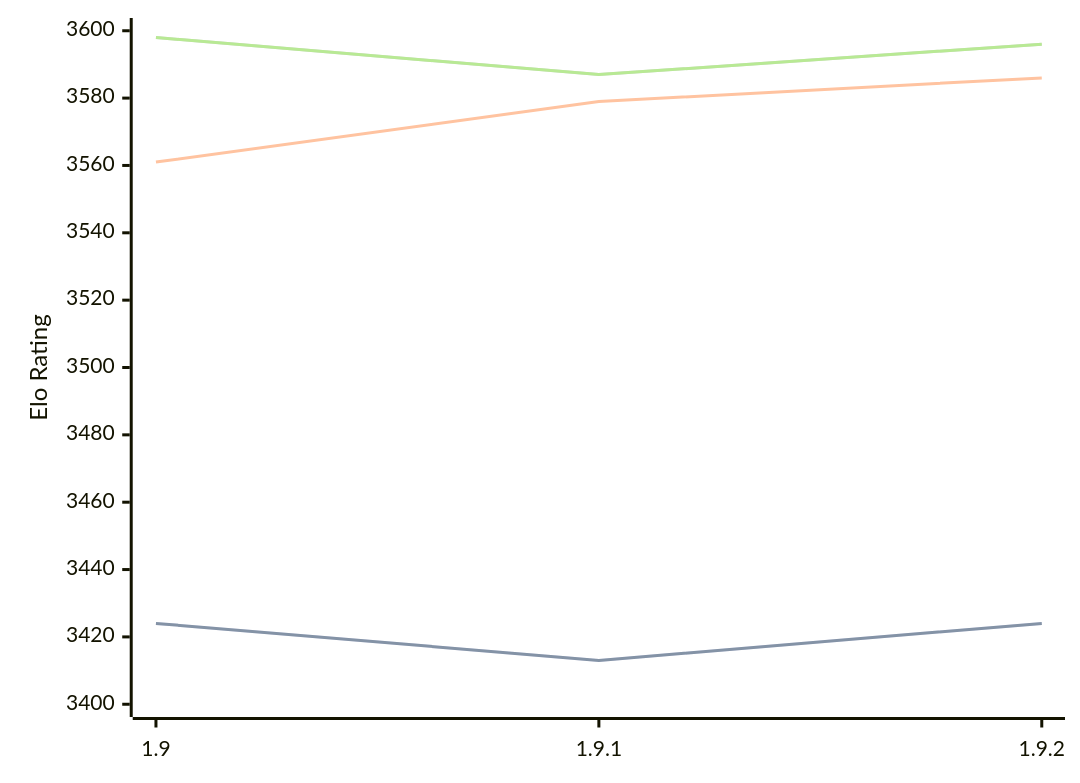
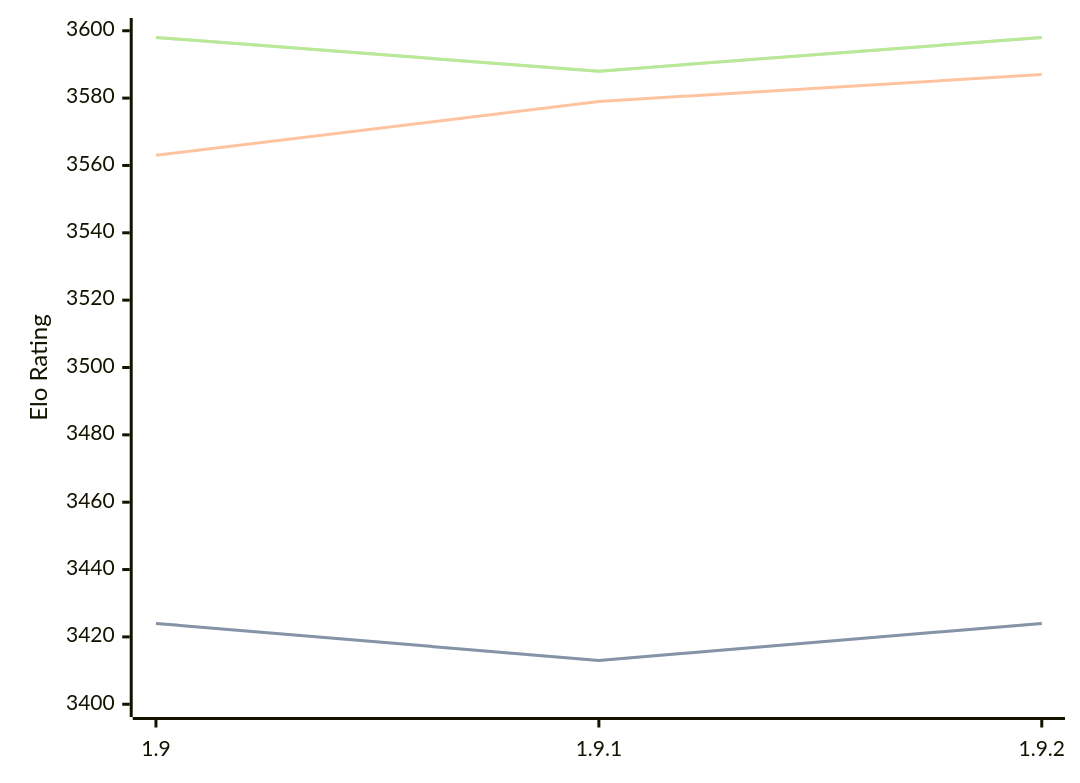
One commit to computer-chess-index/cci changed the diagram in engines/Pawnocchio.md. Above: the diagram before and after it, drawn with Mermaid. The commit also changed other lines of this file, not shown here.

Commit message:
Update CCI Ratings (ELO VLTC) - 2026-05-14

````diff
--- a/engines/Pawnocchio.md
+++ b/engines/Pawnocchio.md
@@ -48,11 +48,11 @@
 ```mermaid
 %%{init: {"theme":"base","themeVariables":{"seriesColors:['#a3a3a3','#222221','#faa371']}}}%%
 xychart-beta
   x-axis ["1.9", "1.9.1", "1.9.2"]
   y-axis "Elo Rating" 3400 --> 3600
   line "STC (8.0+0.08s)" [3424, 3413, 3424]
   line "STC (8.0+0.08s)" [3424, 3413, 3424]
-  line "LTC (60.0+0.60s)" [3561, 3579, 3586]
-  line "VLTC (2m24s+1.12s)" [3598, 3587, 3596]
-  line "VLTC (2m24s+1.12s)" [3598, 3587, 3596]
+  line "LTC (60.0+0.60s)" [3563, 3579, 3587]
+  line "VLTC (2m24s+1.12s)" [3598, 3588, 3598]
+  line "VLTC (2m24s+1.12s)" [3598, 3588, 3598]
 ```
````
